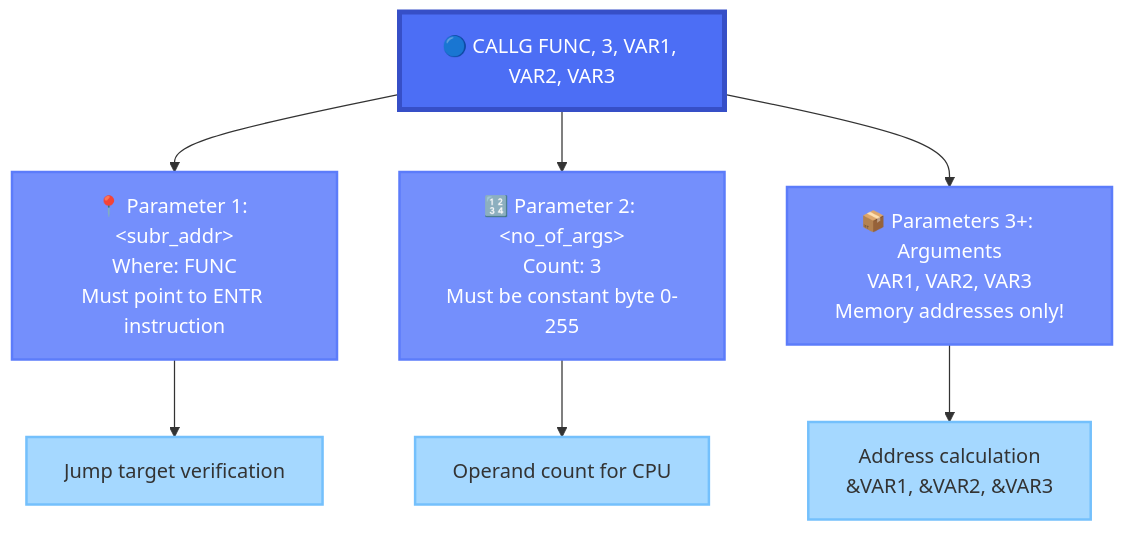
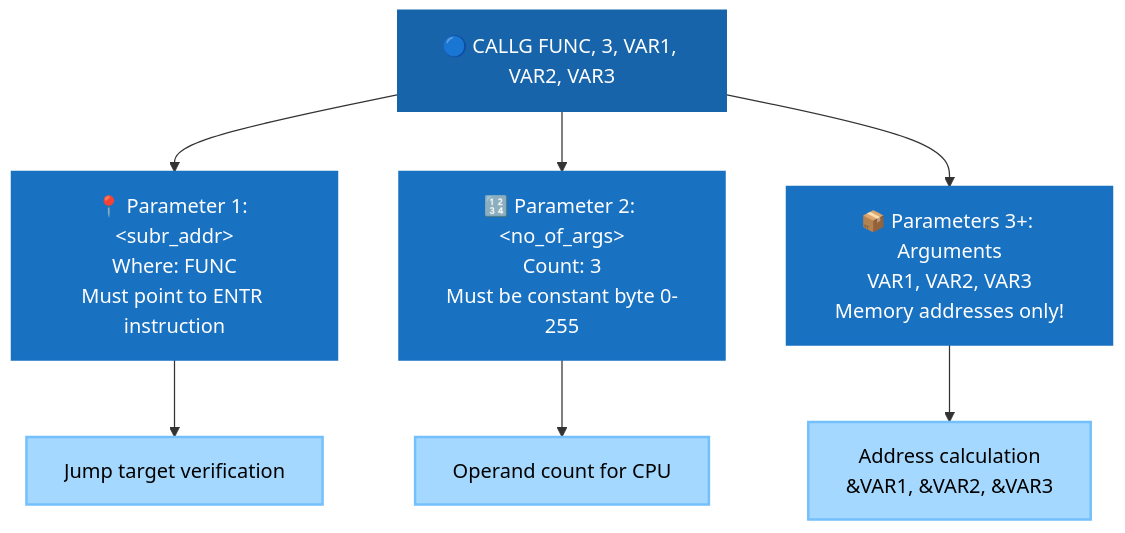
One commit to RetroCoreLabs/nd500x changed the seventh of 25 diagrams in docs/CALL_and_ENTRY_Points_Explained.md. Above: the diagram before and after it, drawn with Mermaid. The commit also changed other lines of this file, not shown here.

First line of the commit message:
docs: Make Mermaid diagrams WCAG 2.1 Level AA compliant (EAA 2025)

````diff
--- a/docs/CALL_and_ENTRY_Points_Explained.md
+++ b/docs/CALL_and_ENTRY_Points_Explained.md
@@ -248,24 +248,24 @@
 ```mermaid
 graph TD
     CALL["🔵 CALLG FUNC, 3, VAR1, VAR2, VAR3"]
 
     P1["📍 Parameter 1: &lt;subr_addr&gt;<br/>Where: FUNC<br/>Must point to ENTR instruction"]
     P2["🔢 Parameter 2: &lt;no_of_args&gt;<br/>Count: 3<br/>Must be constant byte 0-255"]
     P3["📦 Parameters 3+: Arguments<br/>VAR1, VAR2, VAR3<br/>Memory addresses only!"]
 
     CALL --> P1
     CALL --> P2
     CALL --> P3
 
     P1 --> A1["Jump target verification"]
     P2 --> A2["Operand count for CPU"]
     P3 --> A3["Address calculation<br/>&VAR1, &VAR2, &VAR3"]
 
-    style CALL fill:#4c6ef5,stroke:#364fc7,stroke-width:4px,color:#fff
-    style P1 fill:#748ffc,stroke:#5c7cfa,stroke-width:2px,color:#fff
-    style P2 fill:#748ffc,stroke:#5c7cfa,stroke-width:2px,color:#fff
-    style P3 fill:#748ffc,stroke:#5c7cfa,stroke-width:2px,color:#fff
-    style A1 fill:#a5d8ff,stroke:#74c0fc,stroke-width:2px
-    style A2 fill:#a5d8ff,stroke:#74c0fc,stroke-width:2px
-    style A3 fill:#a5d8ff,stroke:#74c0fc,stroke-width:2px
+    style CALL fill:#1864ab,stroke:#1864ab,stroke-width:4px,color:#fff
+    style P1 fill:#1971c2,stroke:#1971c2,stroke-width:2px,color:#fff
+    style P2 fill:#1971c2,stroke:#1971c2,stroke-width:2px,color:#fff
+    style P3 fill:#1971c2,stroke:#1971c2,stroke-width:2px,color:#fff
+    style A1 fill:#a5d8ff,stroke:#74c0fc,stroke-width:2px,color:#000
+    style A2 fill:#a5d8ff,stroke:#74c0fc,stroke-width:2px,color:#000
+    style A3 fill:#a5d8ff,stroke:#74c0fc,stroke-width:2px,color:#000
 ```
````
